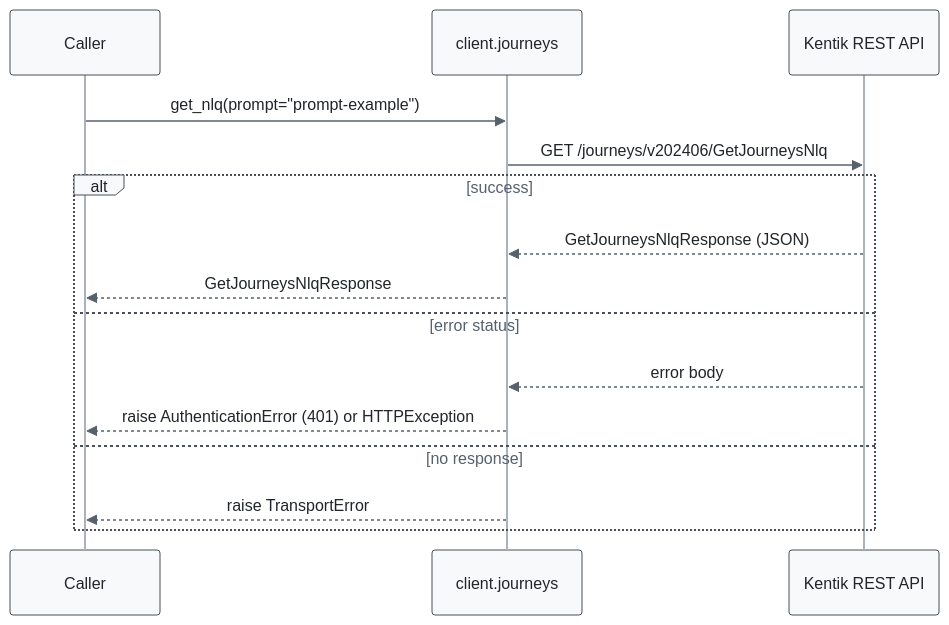
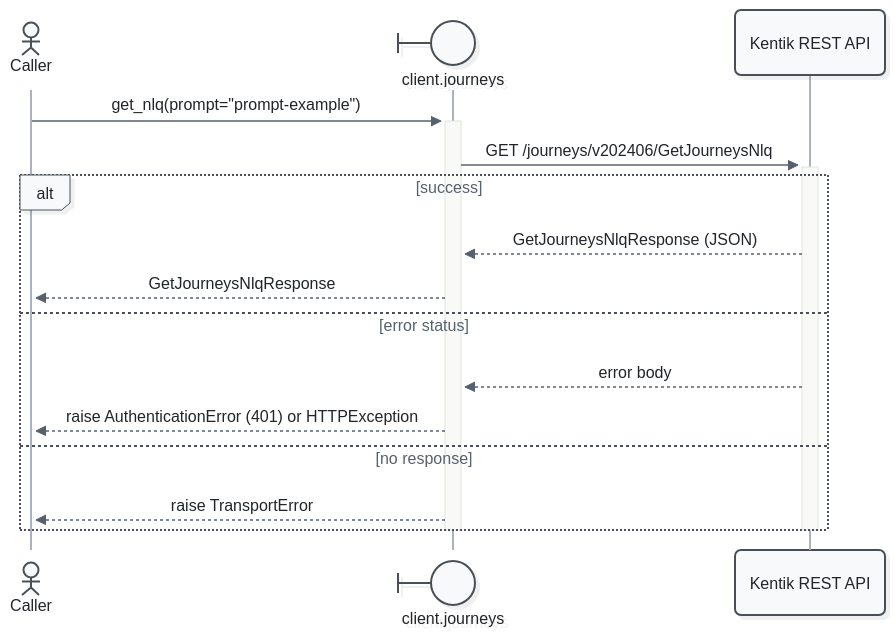
One commit to alexdearaujo/community_sdk_python changed the first of 3 diagrams in docs/sphinx/services/journeys.md. Above: the diagram before and after it, drawn with Mermaid. The commit also changed other lines of this file and 52 other files, not shown here.

First line of the commit message:
docs: Mermaid 12 sequence diagrams with participant types and path colors

````diff
--- a/docs/sphinx/services/journeys.md
+++ b/docs/sphinx/services/journeys.md
@@ -33,19 +33,21 @@
 ```mermaid
-%%{init: {"theme": "base", "fontFamily": "ui-monospace, SFMono-Regular, Menlo, monospace", "themeVariables": {"fontFamily": "ui-monospace, SFMono-Regular, Menlo, monospace", "primaryColor": "#f8f9fa", "primaryBorderColor": "#495057", "primaryTextColor": "#212529", "textColor": "#212529", "lineColor": "#77818c", "edgeLabelBackground": "#ffffff", "actorBkg": "#f8f9fa", "actorBorder": "#495057", "actorTextColor": "#212529", "actorLineColor": "#a9b3be", "signalColor": "#57616d", "signalTextColor": "#212529", "labelBoxBkgColor": "#f8f9fa", "labelBoxBorderColor": "#495057", "labelTextColor": "#212529", "loopTextColor": "#57616d", "noteBkgColor": "#fff9db", "noteBorderColor": "#f08c00", "noteTextColor": "#a35a00"}, "flowchart": {"curve": "step", "nodeSpacing": 30, "rankSpacing": 70, "wrappingWidth": 400}}}%%
+%%{init: {"theme": "redux", "look": "neo", "layout": "dagre", "fontFamily": "ui-monospace, SFMono-Regular, Menlo, monospace", "themeVariables": {"fontFamily": "ui-monospace, SFMono-Regular, Menlo, monospace", "primaryColor": "#f8f9fa", "primaryBorderColor": "#495057", "primaryTextColor": "#212529", "textColor": "#212529", "lineColor": "#77818c", "edgeLabelBackground": "#ffffff", "actorBkg": "#f8f9fa", "actorBorder": "#495057", "actorTextColor": "#212529", "actorLineColor": "#a9b3be", "signalColor": "#57616d", "signalTextColor": "#212529", "labelBoxBkgColor": "#f8f9fa", "labelBoxBorderColor": "#495057", "labelTextColor": "#212529", "loopTextColor": "#57616d", "noteBkgColor": "#fff9db", "noteBorderColor": "#f08c00", "noteTextColor": "#a35a00"}, "sequence": {"activationWidth": 16}, "flowchart": {"curve": "step", "nodeSpacing": 30, "rankSpacing": 70, "wrappingWidth": 400}}}%%
 sequenceDiagram
-    participant C as Caller
-    participant W as client.journeys
+    actor C as Caller
+    participant W@{ "type": "boundary" } as client.journeys
     participant API as Kentik REST API
 
-    C->>W: get_nlq(prompt="prompt-example")
-    W->>API: GET /journeys/v202406/GetJourneysNlq
+    C->>+W: get_nlq(prompt="prompt-example")
+    W->>+API: GET /journeys/v202406/GetJourneysNlq
     alt success
         API-->>W: GetJourneysNlqResponse (JSON)
         W-->>C: GetJourneysNlqResponse
     else error status
         API-->>W: error body
         W-->>C: raise AuthenticationError (401) or HTTPException
     else no response
         W-->>C: raise TransportError
     end
+    deactivate API
+    deactivate W
 ```
````
